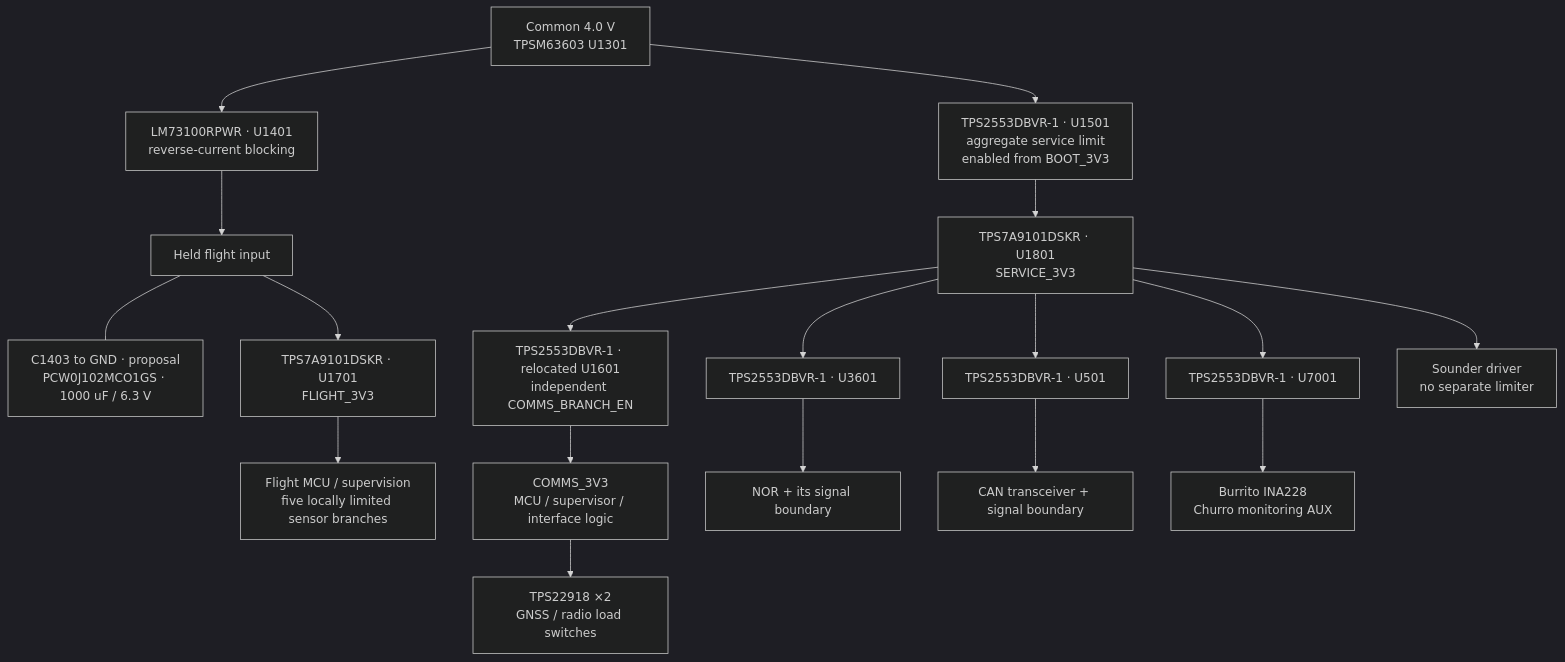
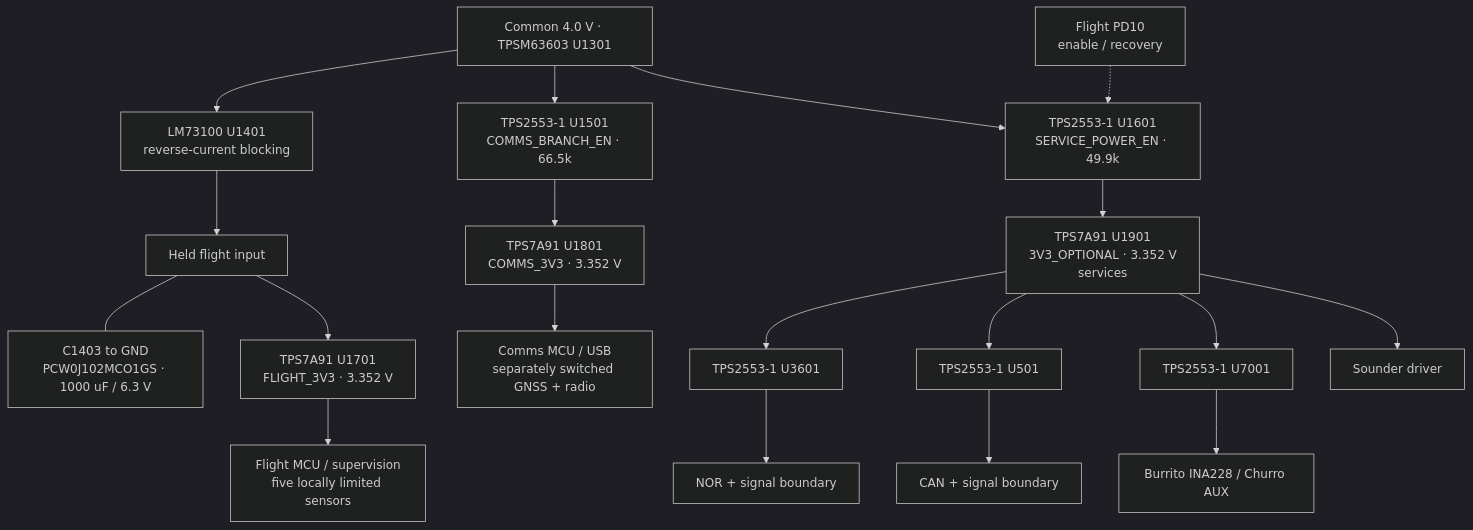
The second of 3 diagrams in docs/architecture/00-overview.md (ULAS-HiPR/Ogma2), drawn with Mermaid (dark theme) before and after one commit. The commit also changed other lines of this file and 25 other files, not shown here.

Commit message:
Document capture proposal and corrected MCU net mappings

````diff
--- a/docs/architecture/00-overview.md
+++ b/docs/architecture/00-overview.md
@@ -55,33 +92,32 @@
 ```mermaid
 flowchart TB
-  K["Common 4.0 V
-TPSM63603 U1301"] --> H["LM73100RPWR · U1401
+  K["Common 4.0 V · TPSM63603 U1301"] --> H["LM73100 U1401
 reverse-current blocking"]
   H --> HI["Held flight input"]
-  HI --- CAP["C1403 to GND · proposal
+  HI --- CAP["C1403 to GND
 PCW0J102MCO1GS · 1000 uF / 6.3 V"]
-  HI --> F["TPS7A9101DSKR · U1701
-FLIGHT_3V3"]
+  HI --> F["TPS7A91 U1701
+FLIGHT_3V3 · 3.352 V"]
   F --> FM["Flight MCU / supervision
-five locally limited sensor branches"]
-  K --> AL["TPS2553DBVR-1 · U1501
-aggregate service limit
-enabled from BOOT_3V3"]
-  AL --> S["TPS7A9101DSKR · U1801
-SERVICE_3V3"]
-  S --> CL["TPS2553DBVR-1 · relocated U1601
-independent COMMS_BRANCH_EN"]
-  CL --> C["COMMS_3V3
-MCU / supervisor / interface logic"]
-  C --> SW["TPS22918 ×2
-GNSS / radio load switches"]
-  S --> NL["TPS2553DBVR-1 · U3601"]
-  NL --> N["NOR + its signal boundary"]
-  S --> CA["TPS2553DBVR-1 · U501"]
-  CA --> CN["CAN transceiver + signal boundary"]
-  S --> AU["TPS2553DBVR-1 · U7001"]
-  AU --> A["Burrito INA228
-Churro monitoring AUX"]
-  S --> Z["Sounder driver
-no separate limiter"]
+five locally limited sensors"]
+  K --> CL["TPS2553-1 U1501
+COMMS_BRANCH_EN · 66.5k"]
+  CL --> C["TPS7A91 U1801
+COMMS_3V3 · 3.352 V"]
+  C --> CM["Comms MCU / USB
+separately switched GNSS + radio"]
+  K --> SL["TPS2553-1 U1601
+SERVICE_POWER_EN · 49.9k"]
+  EN["Flight PD10
+enable / recovery"] -.-> SL
+  SL --> S["TPS7A91 U1901
+3V3_OPTIONAL · 3.352 V
+services"]
+  S --> NL["TPS2553-1 U3601"]
+  NL --> N["NOR + signal boundary"]
+  S --> CA["TPS2553-1 U501"]
+  CA --> CN["CAN + signal boundary"]
+  S --> AU["TPS2553-1 U7001"]
+  AU --> M["Burrito INA228 / Churro AUX"]
+  S --> Z["Sounder driver"]
 ```
````
